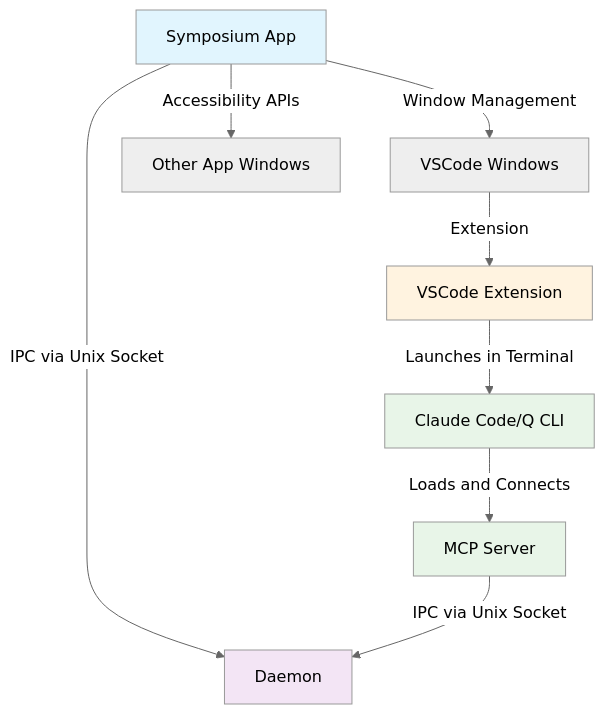
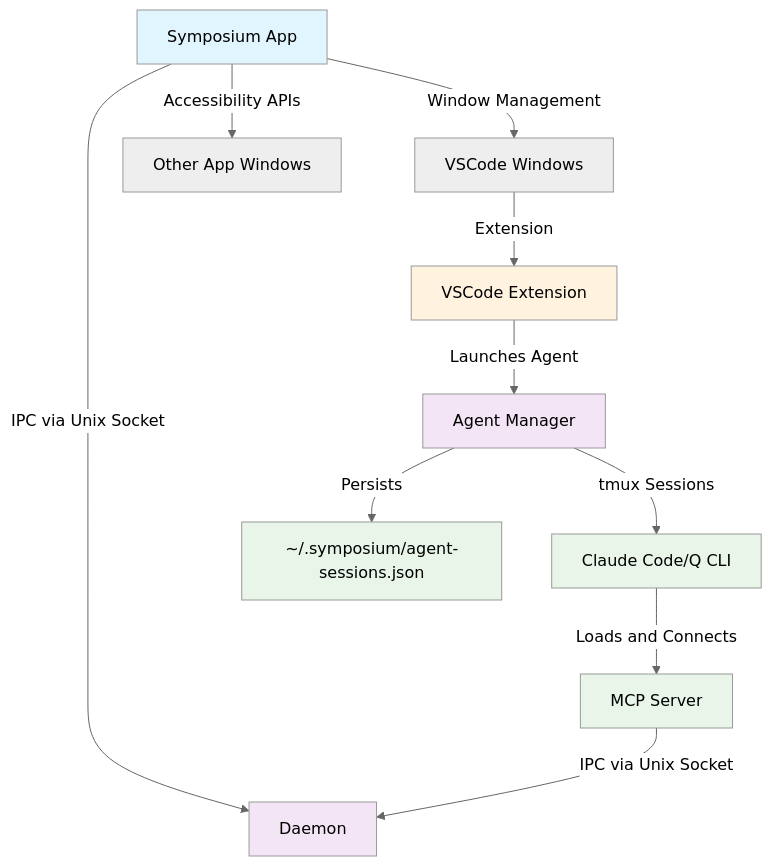
The first of 6 diagrams in md/design/implementation-overview.md (socratic-shell/symposium), drawn with Mermaid (neutral theme) before and after one commit. The commit also changed other lines of this file and 1 other file, not shown here.

````diff
--- a/md/design/implementation-overview.md
+++ b/md/design/implementation-overview.md
@@ -7,16 +7,20 @@
 ```mermaid
 graph TB
     A[Symposium App] -->|IPC via Unix Socket| B[Daemon]
     C[MCP Server] -->|IPC via Unix Socket| B
-    D[VSCode Extension] -->|Launches in Terminal| E[Claude Code/Q CLI]
+    D[VSCode Extension] -->|Launches Agent| AM[Agent Manager]
+    AM -->|tmux Sessions| E[Claude Code/Q CLI]
     E -->|Loads and Connects| C
     A -->|Window Management| F[VSCode Windows]
     A -->|Accessibility APIs| G[Other App Windows]
     F -->|Extension| D
+    AM -->|Persists| H[~/.symposium/agent-sessions.json]
     
     style A fill:#e1f5fe
     style B fill:#f3e5f5
     style C fill:#e8f5e8
     style D fill:#fff3e0
     style E fill:#e8f5e8
+    style AM fill:#f3e5f5
+    style H fill:#e8f5e8
 ```
````
